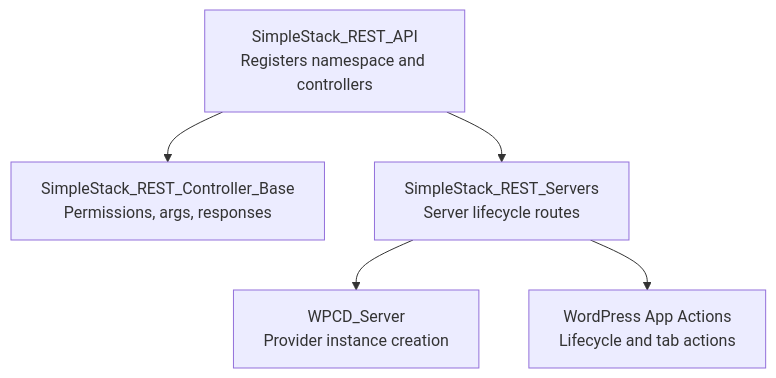
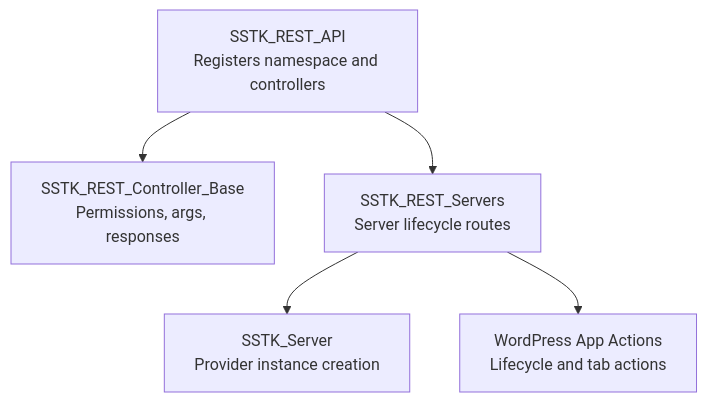
Before and after one commit to onedogsolutions/simple-stack: the first of 6 diagrams in .qoder/repowiki/en/content/REST API Reference/Servers API.md, drawn with Mermaid. The commit also changed other lines of this file and 5941 other files, not shown here.

First line of the commit message:
refactor(core): rebrand WPCloudDeploy to Simple Stack with new namespaces and prefixes

````diff
--- a/.qoder/repowiki/en/content/REST API Reference/Servers API.md
+++ b/.qoder/repowiki/en/content/REST API Reference/Servers API.md
@@ -32,7 +32,7 @@
 ```mermaid
 graph TB
-API["SimpleStack_REST_API<br/>Registers namespace and controllers"] --> Base["SimpleStack_REST_Controller_Base<br/>Permissions, args, responses"]
-API --> Servers["SimpleStack_REST_Servers<br/>Server lifecycle routes"]
-Servers --> Provider["WPCD_Server<br/>Provider instance creation"]
+API["SSTK_REST_API<br/>Registers namespace and controllers"] --> Base["SSTK_REST_Controller_Base<br/>Permissions, args, responses"]
+API --> Servers["SSTK_REST_Servers<br/>Server lifecycle routes"]
+Servers --> Provider["SSTK_Server<br/>Provider instance creation"]
 Servers --> AppActions["WordPress App Actions<br/>Lifecycle and tab actions"]
 ```
````
